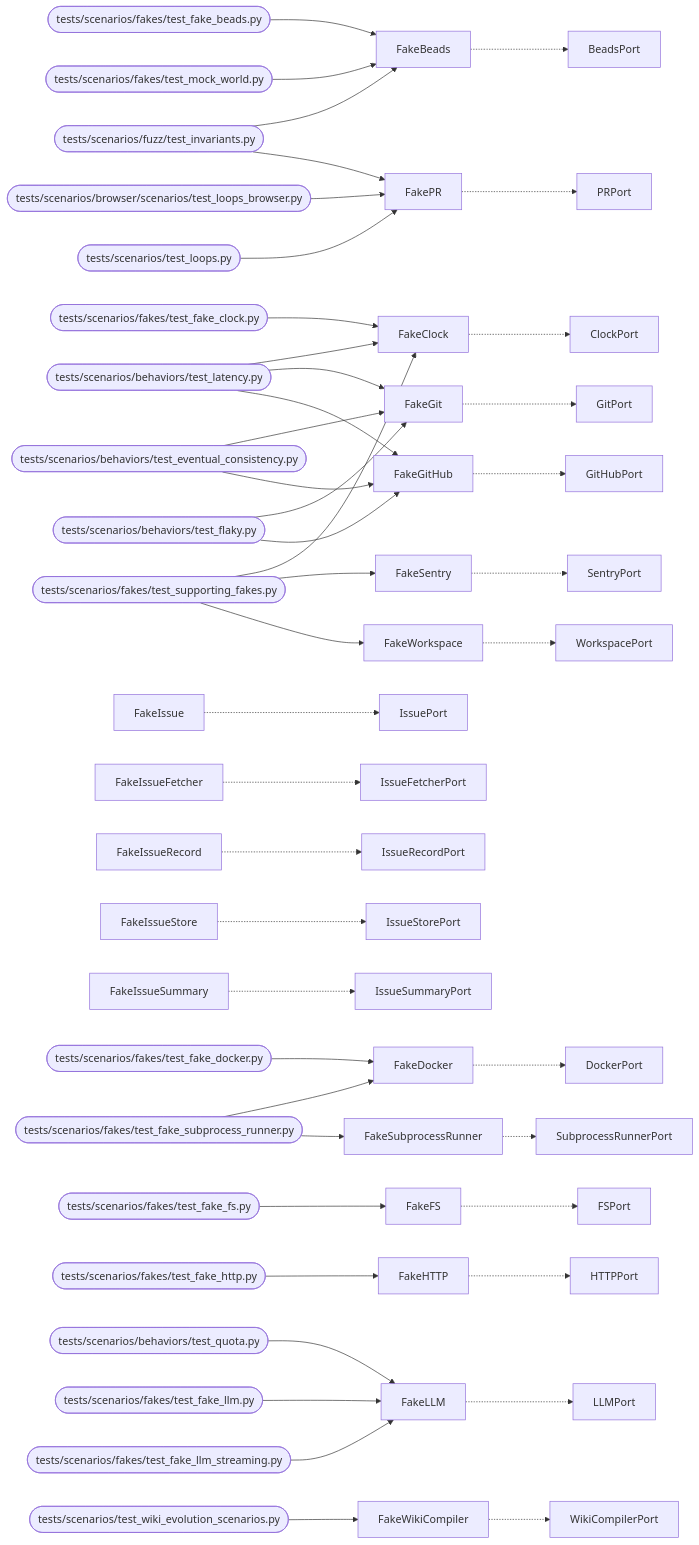
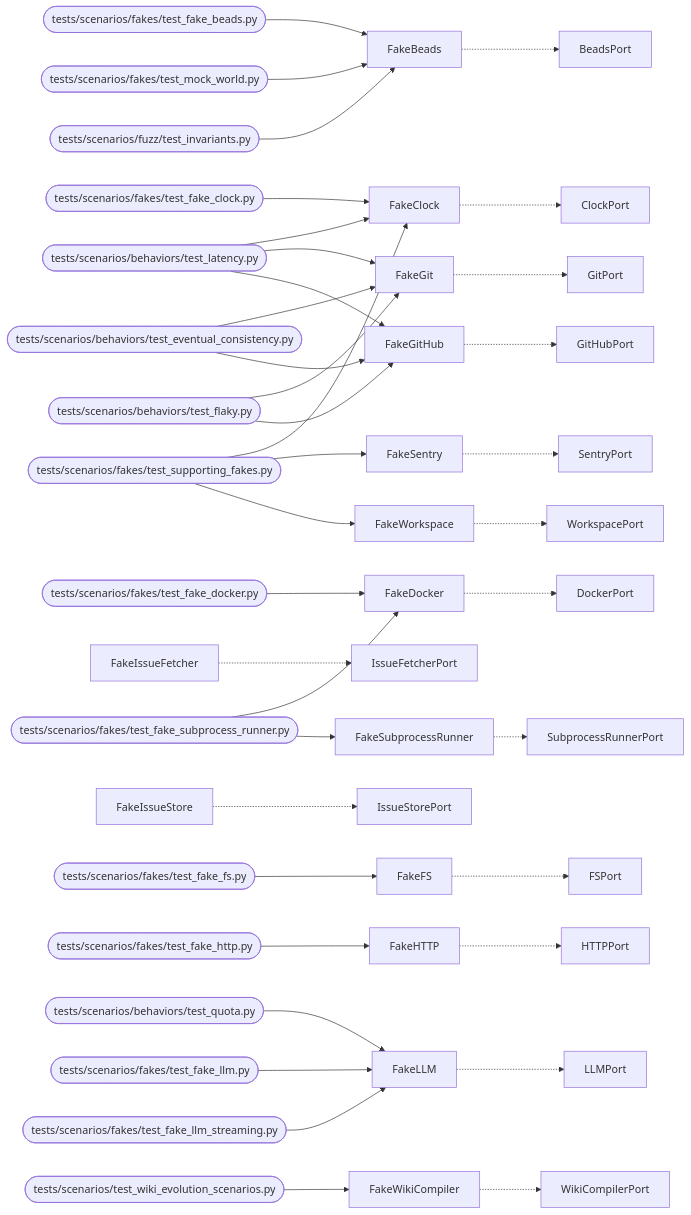
Before and after one commit to T-rav/hydraflow: the diagram in docs/arch/generated/mockworld.md, drawn with Mermaid. The commit also changed other lines of this file and 28 other files, not shown here.

````diff
--- a/docs/arch/generated/mockworld.md
+++ b/docs/arch/generated/mockworld.md
@@ -32,47 +28,40 @@
 ```mermaid
 graph LR
     FakeBeads -.-> BeadsPort
     tests_scenarios_fakes_test_fake_beads_py([tests/scenarios/fakes/test_fake_beads.py]) --> FakeBeads
     tests_scenarios_fakes_test_mock_world_py([tests/scenarios/fakes/test_mock_world.py]) --> FakeBeads
     tests_scenarios_fuzz_test_invariants_py([tests/scenarios/fuzz/test_invariants.py]) --> FakeBeads
     FakeClock -.-> ClockPort
     tests_scenarios_behaviors_test_latency_py([tests/scenarios/behaviors/test_latency.py]) --> FakeClock
     tests_scenarios_fakes_test_fake_clock_py([tests/scenarios/fakes/test_fake_clock.py]) --> FakeClock
     tests_scenarios_fakes_test_supporting_fakes_py([tests/scenarios/fakes/test_supporting_fakes.py]) --> FakeClock
     FakeDocker -.-> DockerPort
     tests_scenarios_fakes_test_fake_docker_py([tests/scenarios/fakes/test_fake_docker.py]) --> FakeDocker
     tests_scenarios_fakes_test_fake_subprocess_runner_py([tests/scenarios/fakes/test_fake_subprocess_runner.py]) --> FakeDocker
     FakeFS -.-> FSPort
     tests_scenarios_fakes_test_fake_fs_py([tests/scenarios/fakes/test_fake_fs.py]) --> FakeFS
     FakeGit -.-> GitPort
     tests_scenarios_behaviors_test_eventual_consistency_py([tests/scenarios/behaviors/test_eventual_consistency.py]) --> FakeGit
     tests_scenarios_behaviors_test_flaky_py([tests/scenarios/behaviors/test_flaky.py]) --> FakeGit
     tests_scenarios_behaviors_test_latency_py([tests/scenarios/behaviors/test_latency.py]) --> FakeGit
     FakeGitHub -.-> GitHubPort
     tests_scenarios_behaviors_test_eventual_consistency_py([tests/scenarios/behaviors/test_eventual_consistency.py]) --> FakeGitHub
     tests_scenarios_behaviors_test_flaky_py([tests/scenarios/behaviors/test_flaky.py]) --> FakeGitHub
     tests_scenarios_behaviors_test_latency_py([tests/scenarios/behaviors/test_latency.py]) --> FakeGitHub
     FakeHTTP -.-> HTTPPort
     tests_scenarios_fakes_test_fake_http_py([tests/scenarios/fakes/test_fake_http.py]) --> FakeHTTP
-    FakeIssue -.-> IssuePort
     FakeIssueFetcher -.-> IssueFetcherPort
-    FakeIssueRecord -.-> IssueRecordPort
     FakeIssueStore -.-> IssueStorePort
-    FakeIssueSummary -.-> IssueSummaryPort
     FakeLLM -.-> LLMPort
     tests_scenarios_behaviors_test_quota_py([tests/scenarios/behaviors/test_quota.py]) --> FakeLLM
     tests_scenarios_fakes_test_fake_llm_py([tests/scenarios/fakes/test_fake_llm.py]) --> FakeLLM
     tests_scenarios_fakes_test_fake_llm_streaming_py([tests/scenarios/fakes/test_fake_llm_streaming.py]) --> FakeLLM
-    FakePR -.-> PRPort
-    tests_scenarios_browser_scenarios_test_loops_browser_py([tests/scenarios/browser/scenarios/test_loops_browser.py]) --> FakePR
-    tests_scenarios_fuzz_test_invariants_py([tests/scenarios/fuzz/test_invariants.py]) --> FakePR
-    tests_scenarios_test_loops_py([tests/scenarios/test_loops.py]) --> FakePR
     FakeSentry -.-> SentryPort
     tests_scenarios_fakes_test_supporting_fakes_py([tests/scenarios/fakes/test_supporting_fakes.py]) --> FakeSentry
     FakeSubprocessRunner -.-> SubprocessRunnerPort
     tests_scenarios_fakes_test_fake_subprocess_runner_py([tests/scenarios/fakes/test_fake_subprocess_runner.py]) --> FakeSubprocessRunner
     FakeWikiCompiler -.-> WikiCompilerPort
     tests_scenarios_test_wiki_evolution_scenarios_py([tests/scenarios/test_wiki_evolution_scenarios.py]) --> FakeWikiCompiler
     FakeWorkspace -.-> WorkspacePort
     tests_scenarios_fakes_test_supporting_fakes_py([tests/scenarios/fakes/test_supporting_fakes.py]) --> FakeWorkspace
 ```
````
